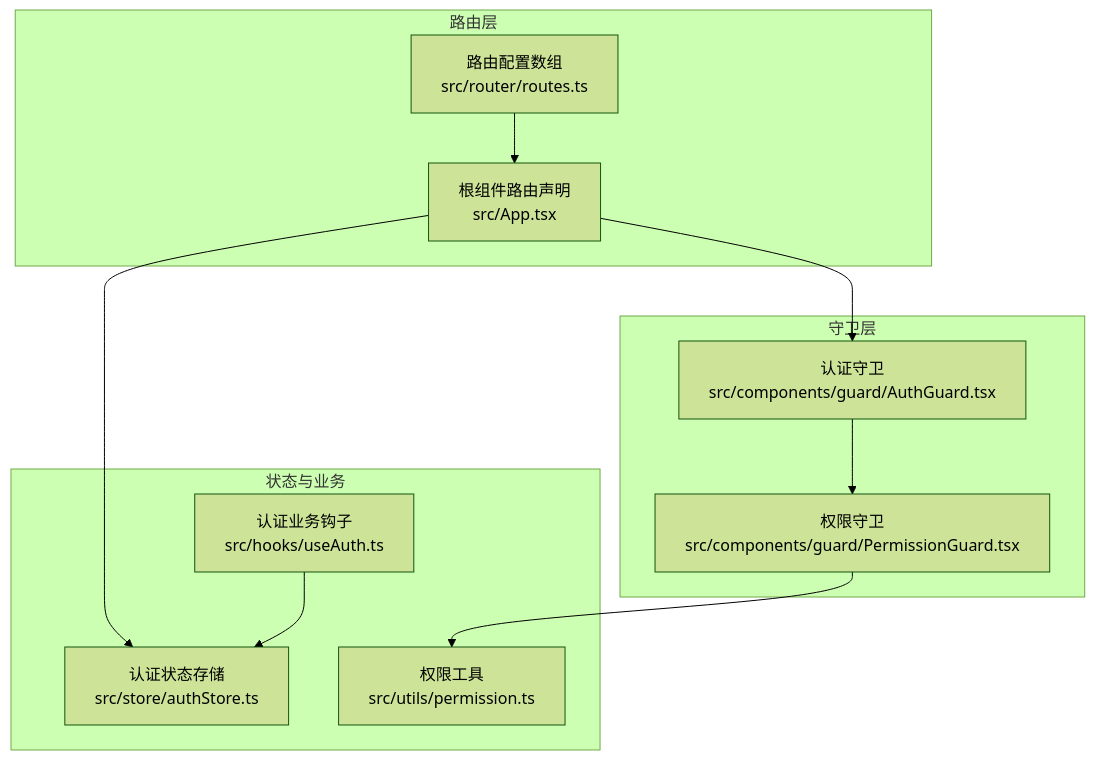
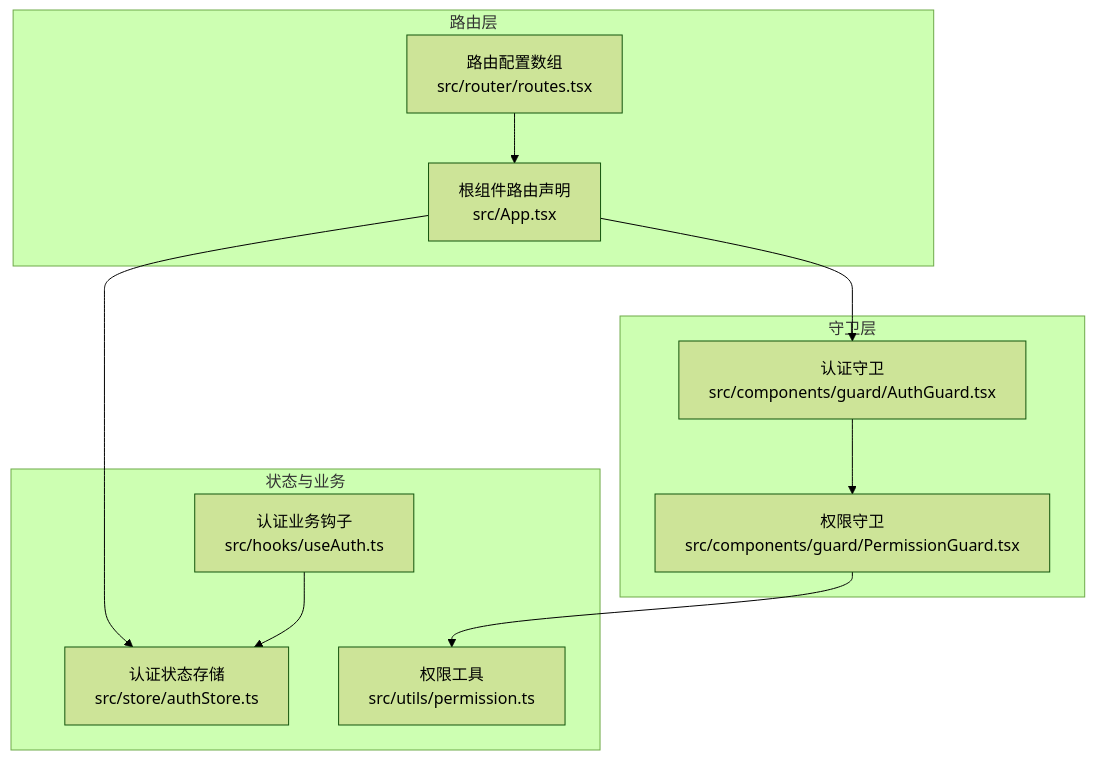
The second of 10 diagrams in .qoder/repowiki/zh/content/前端架构/路由系统与页面导航.md (LouisFantansy/Budget_Mgt_Enterprise), drawn with Mermaid (forest theme) before and after one commit. The commit also changed other lines of this file and 4 other files, not shown here.

````diff
--- a/.qoder/repowiki/zh/content/前端架构/路由系统与页面导航.md
+++ b/.qoder/repowiki/zh/content/前端架构/路由系统与页面导航.md
@@ -98,22 +106,22 @@
 ```mermaid
 graph TB
 subgraph "路由层"
-R1["路由配置数组<br/>src/router/routes.ts"]
+R1["路由配置数组<br/>src/router/routes.tsx"]
 R2["根组件路由声明<br/>src/App.tsx"]
 end
 subgraph "守卫层"
 G1["认证守卫<br/>src/components/guard/AuthGuard.tsx"]
 G2["权限守卫<br/>src/components/guard/PermissionGuard.tsx"]
 end
 subgraph "状态与业务"
 S1["认证状态存储<br/>src/store/authStore.ts"]
 B1["认证业务钩子<br/>src/hooks/useAuth.ts"]
 U1["权限工具<br/>src/utils/permission.ts"]
 end
 R1 --> R2
 R2 --> G1
 G1 --> G2
 G2 --> U1
 R2 --> S1
 B1 --> S1
 ```
````
